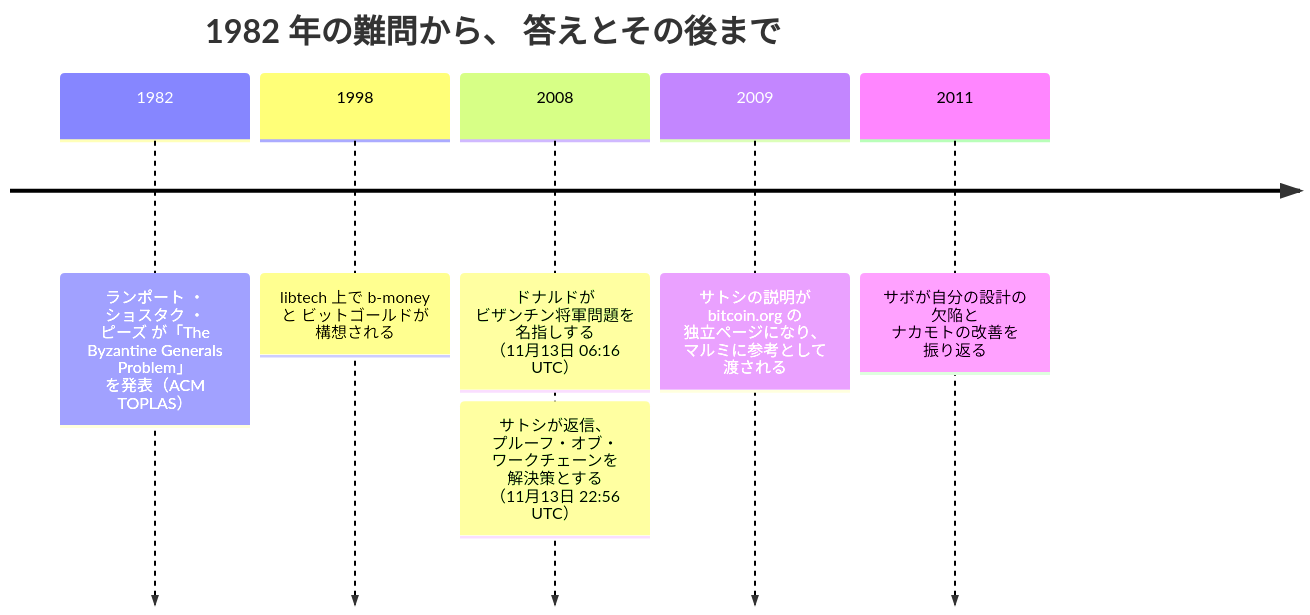
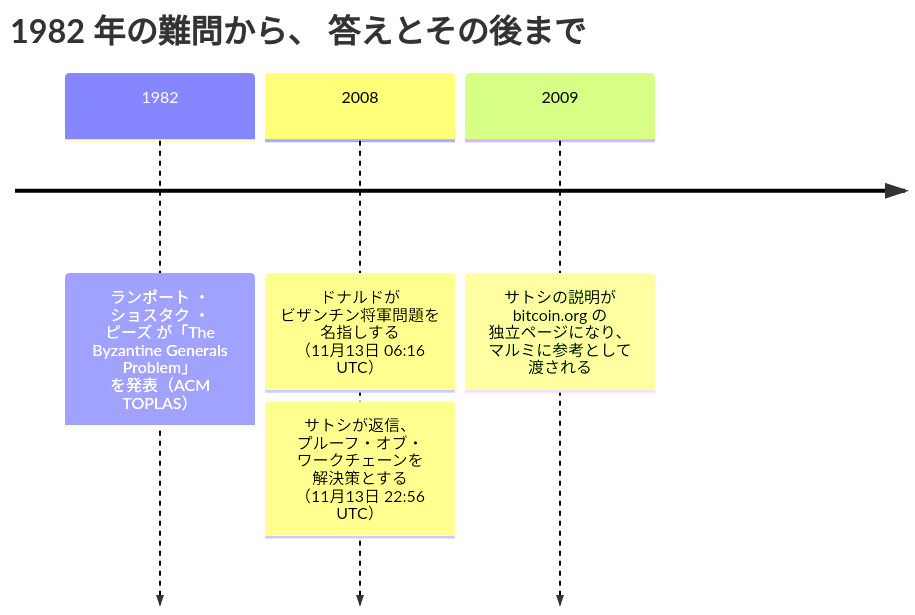
The diagram in src/data/translations/ja/analysis/2008-11-13-byzantine-generals-problem.md (cypher256/BitcoinArchive), drawn with Mermaid before and after one commit. The commit also changed other lines of this file and 19 other files, not shown here.

````diff
--- a/src/data/translations/ja/analysis/2008-11-13-byzantine-generals-problem.md
+++ b/src/data/translations/ja/analysis/2008-11-13-byzantine-generals-problem.md
@@ -83,15 +75,11 @@
 ```mermaid
 timeline
     title 1982 年の難問から、 答えとその後まで
     1982 : ランポート ・ ショスタク ・ ピーズ が「The Byzantine Generals Problem」 を発表（ACM TOPLAS）
-    1998 : libtech 上で b-money と ビットゴールドが 構想される
-    %% link: /BitcoinArchive/ja/entries/aftermath/1998-11-26-wei-dai-pipenet-b-money-announcement/
     2008 : ドナルドが ビザンチン将軍問題を 名指しする （11月13日 06:16 UTC）
     %% link: /BitcoinArchive/ja/entries/emails/cryptography/bitcoin-p2p-e-cash-paper/2008-11-13-james-donald-byzantine-generals-problem/
          : サトシが返信、 プルーフ・オブ・ ワークチェーンを 解決策とする （11月13日 22:56 UTC）
     %% link: /BitcoinArchive/ja/entries/emails/cryptography/bitcoin-p2p-e-cash-paper/2008-11-13-re-bitcoin-p2p-e-cash-paper-satoshi-2/
     2009 : サトシの説明が bitcoin.org の 独立ページになり、 マルミに参考として 渡される
     %% link: /BitcoinArchive/ja/entries/correspondence/martti-malmi/2009-05-03-bitcoin-003/
-    2011 : サボが自分の設計の 欠陥と ナカモトの改善を 振り返る
-    %% link: /BitcoinArchive/ja/entries/aftermath/2011-05-28-nick-szabo-bitcoin-what-took-ye-so-long/
 ```
````
